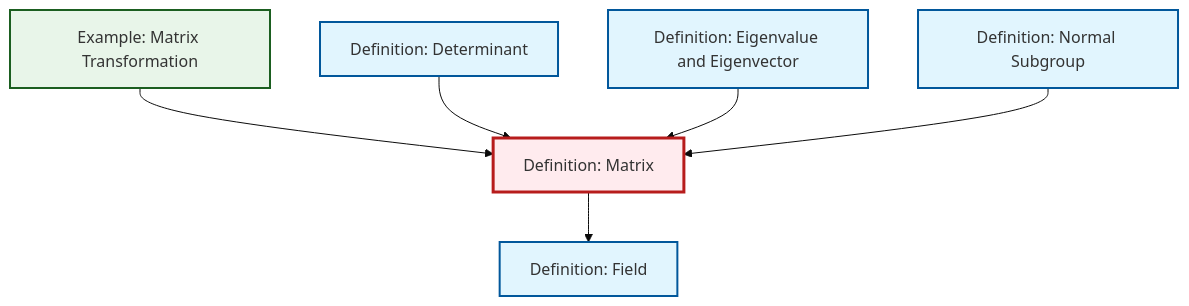
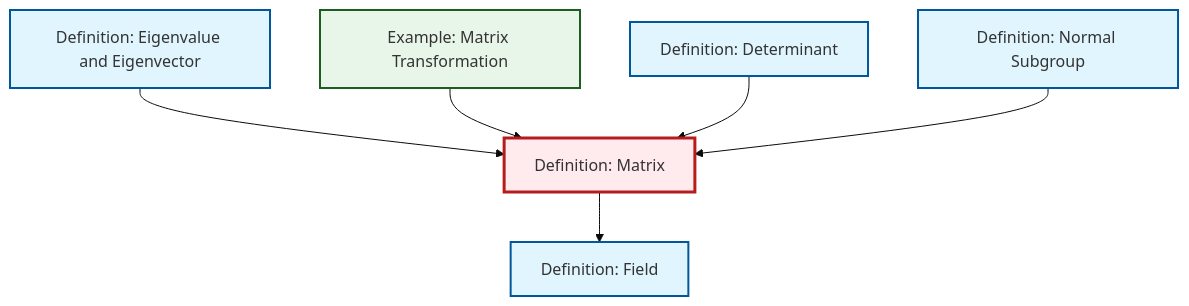
One commit to RK0429/ModernMath changed the diagram in content/en/algebra/def-matrix.qmd. Above: the diagram before and after it, drawn with Mermaid (base theme). The commit also changed other lines of this file and 654 other files, not shown here.

````diff
--- a/content/en/algebra/def-matrix.qmd
+++ b/content/en/algebra/def-matrix.qmd
@@ -59,26 +59,26 @@
 ```{mermaid}
 %%| fig-cap: "Local dependency graph"
 graph TD
     classDef definition fill:#e1f5fe,stroke:#01579b,stroke-width:2px
     classDef theorem fill:#f3e5f5,stroke:#4a148c,stroke-width:2px
     classDef axiom fill:#fff3e0,stroke:#e65100,stroke-width:2px
     classDef example fill:#e8f5e9,stroke:#1b5e20,stroke-width:2px
     classDef current fill:#ffebee,stroke:#b71c1c,stroke-width:3px
+    ex-matrix-transformation["Example: Matrix Transformation"]:::example
+    def-field["Definition: Field"]:::definition
+    def-matrix["Definition: Matrix"]:::definition
+    def-determinant["Definition: Determinant"]:::definition
     def-eigenvalue-eigenvector["Definition: Eigenvalue and Eigenvector"]:::definition
     def-normal-subgroup["Definition: Normal Subgroup"]:::definition
-    def-field["Definition: Field"]:::definition
-    def-determinant["Definition: Determinant"]:::definition
-    def-matrix["Definition: Matrix"]:::definition
-    ex-matrix-transformation["Example: Matrix Transformation"]:::example
+    def-eigenvalue-eigenvector --> def-matrix
+    def-matrix --> def-field
     ex-matrix-transformation --> def-matrix
     def-determinant --> def-matrix
-    def-matrix --> def-field
-    def-eigenvalue-eigenvector --> def-matrix
     def-normal-subgroup --> def-matrix
     class def-matrix current
+    click ex-matrix-transformation "ex-matrix-transformation.html" "Go to Matrix Transformation example"
+    click def-field "def-field.html" "Go to Field definition"
+    click def-determinant "def-determinant.html" "Go to Determinant definition"
     click def-eigenvalue-eigenvector "def-eigenvalue-eigenvector.html" "Go to Eigenvalue and Eigenvector definition"
     click def-normal-subgroup "def-normal-subgroup.html" "Go to Normal Subgroup definition"
-    click def-field "def-field.html" "Go to Field definition"
-    click def-determinant "def-determinant.html" "Go to Determinant definition"
-    click ex-matrix-transformation "ex-matrix-transformation.html" "Go to Matrix Transformation example"
 ```
````
